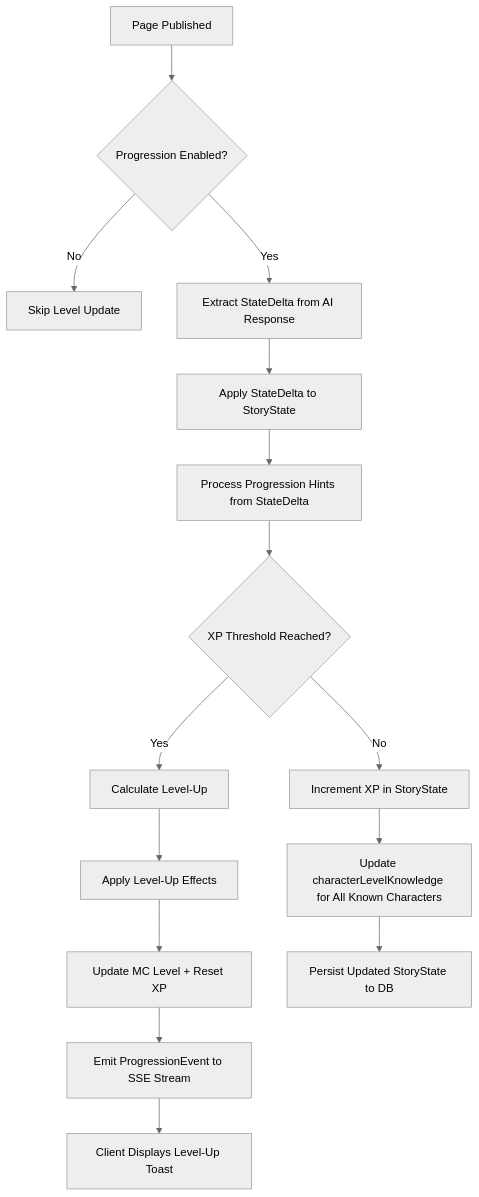
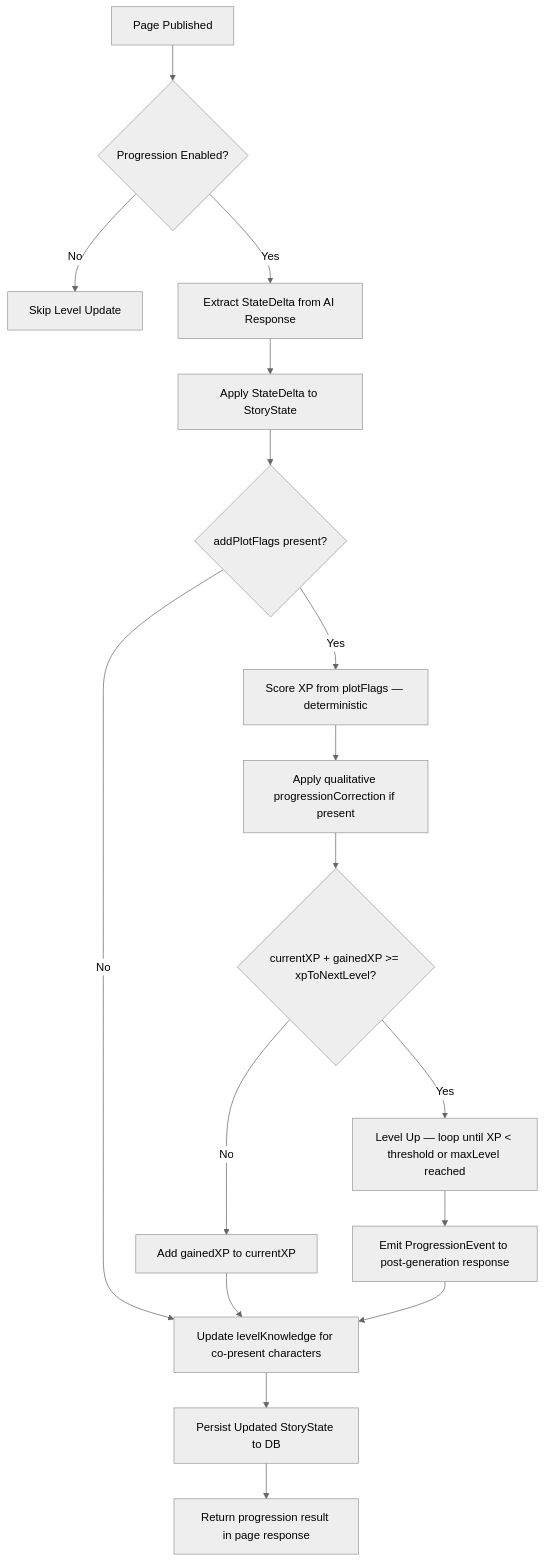
One commit to txufiknr/Twistloom-backend changed the first of 4 diagrams in docs/roadmap/CHARACTER_LEVELING_SYSTEM_ROADMAP.md. Above: the diagram before and after it, drawn with Mermaid (neutral theme). The commit also changed other lines of this file and 7 other files, not shown here.

````diff
--- a/docs/roadmap/CHARACTER_LEVELING_SYSTEM_ROADMAP.md
+++ b/docs/roadmap/CHARACTER_LEVELING_SYSTEM_ROADMAP.md
@@ -164,17 +185,19 @@
 ```mermaid
 flowchart TD
     A[Page Published] --> B{Progression Enabled?}
     B -->|No| C[Skip Level Update]
     B -->|Yes| D[Extract StateDelta from AI Response]
     D --> E[Apply StateDelta to StoryState]
-    E --> F[Process Progression Hints from StateDelta]
-    F --> G{XP Threshold Reached?}
-    G -->|No| H[Increment XP in StoryState]
-    G -->|Yes| I[Calculate Level-Up]
-    I --> J[Apply Level-Up Effects]
-    J --> K[Update MC Level + Reset XP]
-    K --> L[Emit ProgressionEvent to SSE Stream]
-    H --> M[Update characterLevelKnowledge for All Known Characters]
-    L --> N[Client Displays Level-Up Toast]
-    M --> O[Persist Updated StoryState to DB]
+    E --> F{addPlotFlags present?}
+    F -->|No| S[Update levelKnowledge for co-present characters]
+    F -->|Yes| G[Score XP from plotFlags — deterministic]
+    G --> H[Apply qualitative progressionCorrection if present]
+    H --> I{currentXP + gainedXP >= xpToNextLevel?}
+    I -->|No| J[Add gainedXP to currentXP]
+    I -->|Yes| K[Level Up — loop until XP < threshold or maxLevel reached]
+    K --> L[Emit ProgressionEvent to post-generation response]
+    J --> S
+    L --> S
+    S --> T[Persist Updated StoryState to DB]
+    T --> U[Return progression result in page response]
 ```
````
